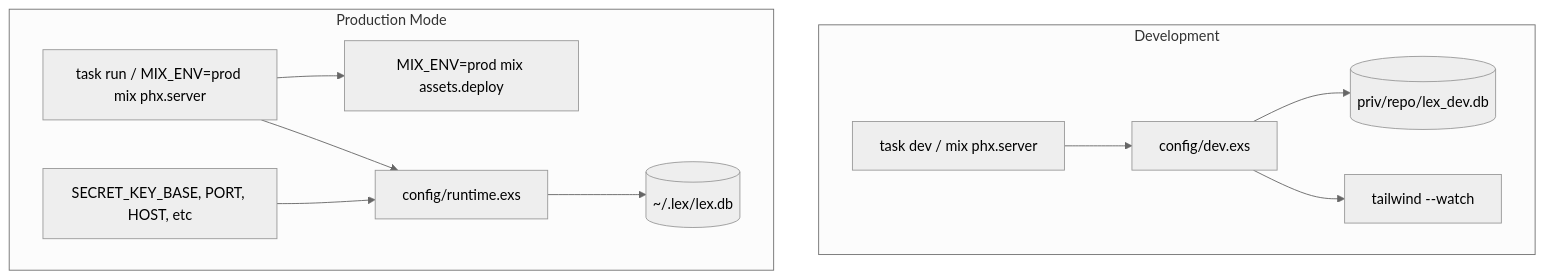
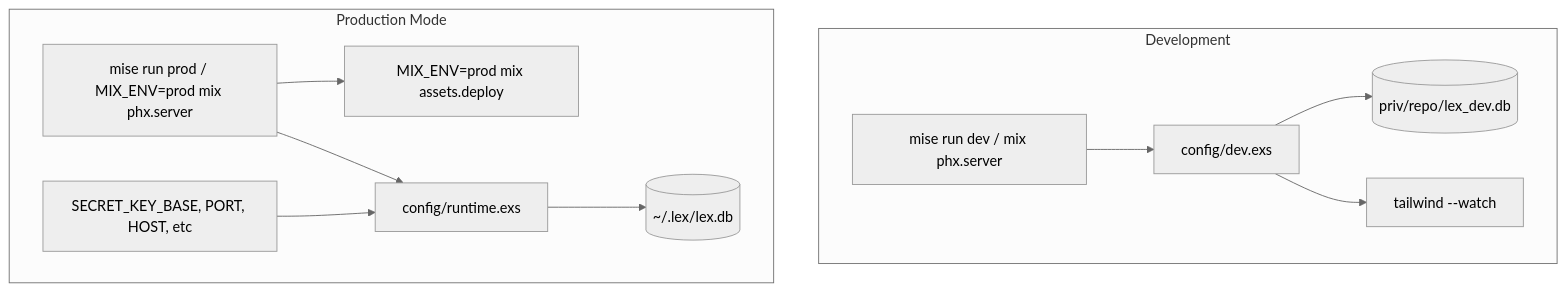
One commit to nick-dorsch/lex changed the fifth of 6 diagrams in docs/architecture_diagrams.md. Above: the diagram before and after it, drawn with Mermaid (neutral theme). The commit also changed 6 other files, not shown here.

Commit message:
moved to using the mise task runner instead of go task. added a one liner install + setup command. improved readme. note that spacy model for spanish is now pinned via url source

````diff
--- a/docs/architecture_diagrams.md
+++ b/docs/architecture_diagrams.md
@@ -104,22 +104,22 @@
 ```mermaid
 flowchart TB
     subgraph Dev[Development]
-      DevCmd[task dev / mix phx.server]
+      DevCmd[mise run dev / mix phx.server]
       DevCfg[config/dev.exs]
       DevDB[(priv/repo/lex_dev.db)]
       Tailwind[tailwind --watch]
       DevCmd --> DevCfg --> DevDB
       DevCfg --> Tailwind
     end
 
     subgraph Prod[Production Mode]
-      ProdCmd[task run / MIX_ENV=prod mix phx.server]
+      ProdCmd[mise run prod / MIX_ENV=prod mix phx.server]
       Assets[MIX_ENV=prod mix assets.deploy]
       Runtime[config/runtime.exs]
       Env[SECRET_KEY_BASE, PORT, HOST, etc]
       ProdDB[(~/.lex/lex.db)]
       ProdCmd --> Assets
       ProdCmd --> Runtime
       Env --> Runtime --> ProdDB
     end
 ```
````
